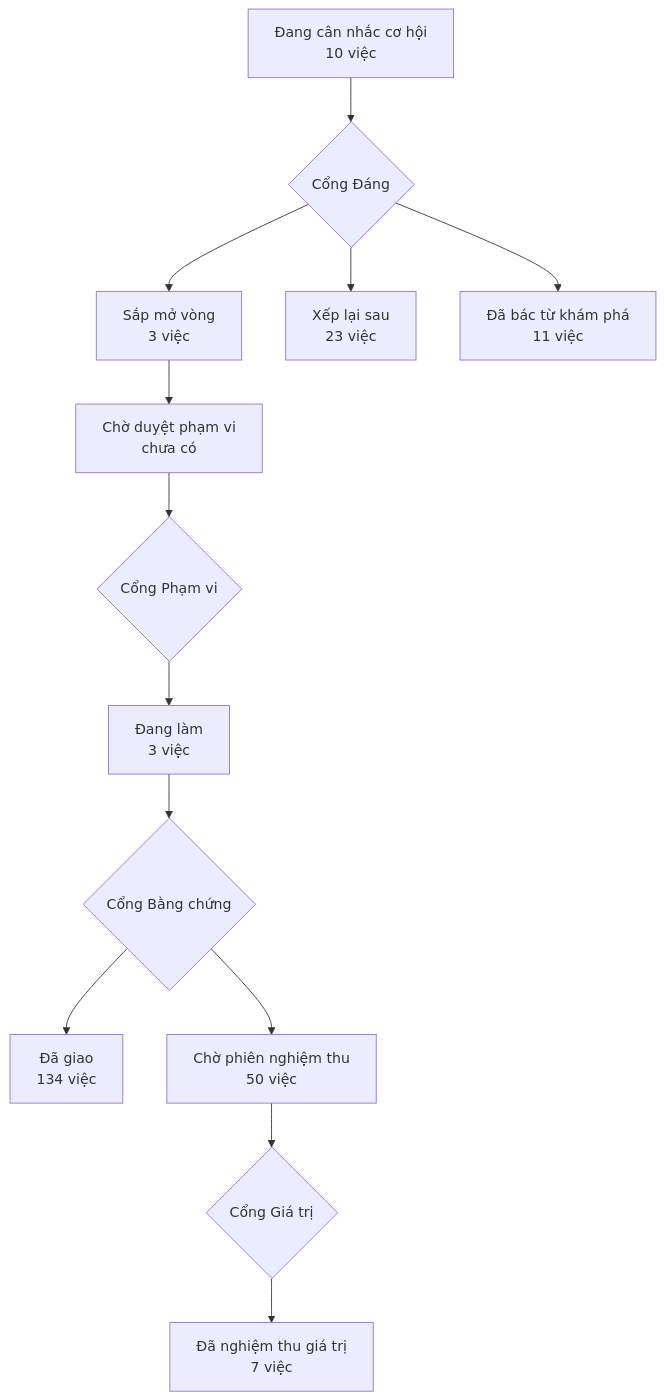
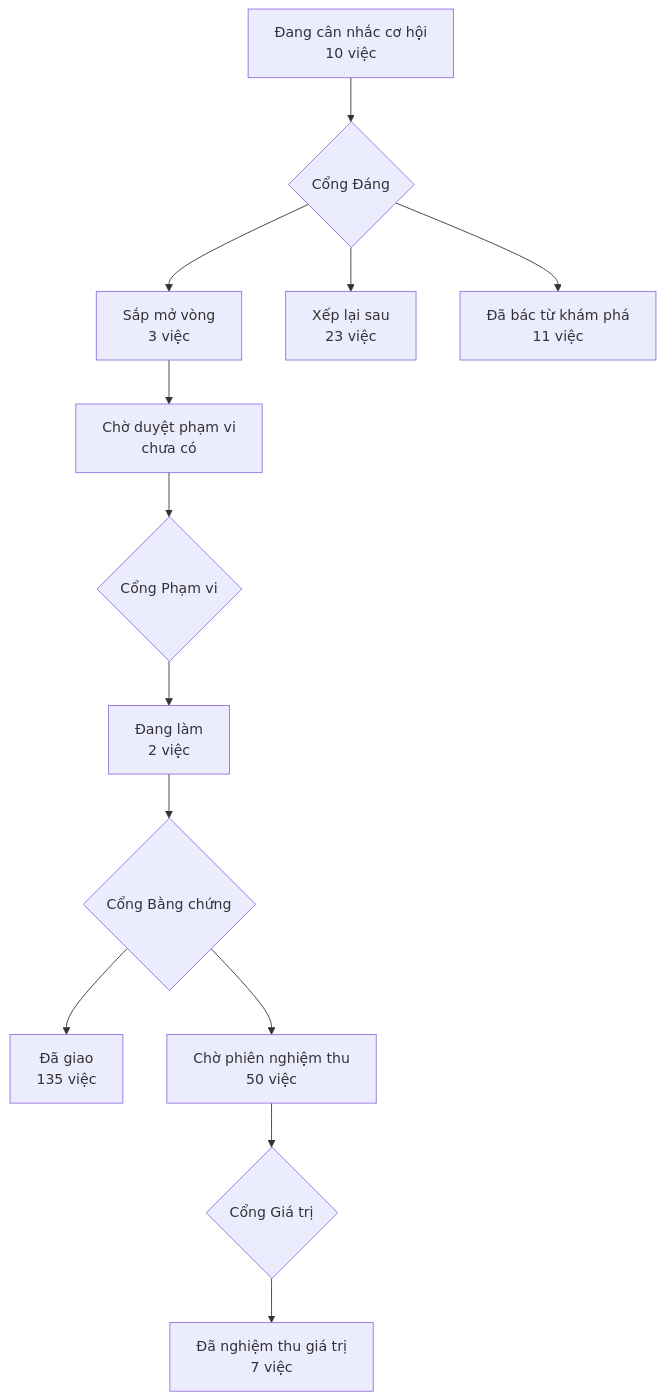
Before and after one commit to phanlemanh/acceptance-gate-kit: the diagram in PRODUCT-MAP.md, drawn with Mermaid. The commit also changed 6 other files, not shown here.

````diff
--- a/PRODUCT-MAP.md
+++ b/PRODUCT-MAP.md
@@ -7,12 +7,12 @@
 ```mermaid
 flowchart TD
   A["Đang cân nhắc cơ hội<br/>10 việc"] --> GD{"Cổng Đáng"}
   GD --> B["Sắp mở vòng<br/>3 việc"]
   GD --> XL["Xếp lại sau<br/>23 việc"]
   GD --> DB["Đã bác từ khám phá<br/>11 việc"]
   B --> CD["Chờ duyệt phạm vi<br/>chưa có"] --> GP{"Cổng Phạm vi"}
-  GP --> DL["Đang làm<br/>3 việc"] --> GB{"Cổng Bằng chứng"}
-  GB --> DG["Đã giao<br/>134 việc"]
+  GP --> DL["Đang làm<br/>2 việc"] --> GB{"Cổng Bằng chứng"}
+  GB --> DG["Đã giao<br/>135 việc"]
   GB --> CN["Chờ phiên nghiệm thu<br/>50 việc"] --> GG{"Cổng Giá trị"}
   GG --> NT["Đã nghiệm thu giá trị<br/>7 việc"]
 ```
````
